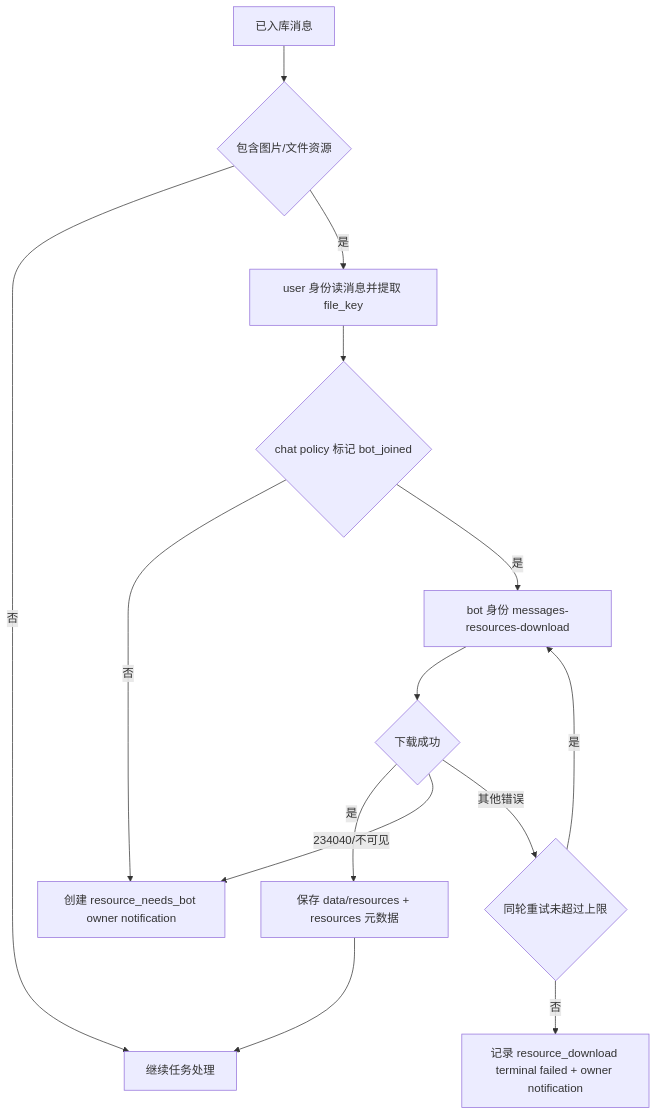
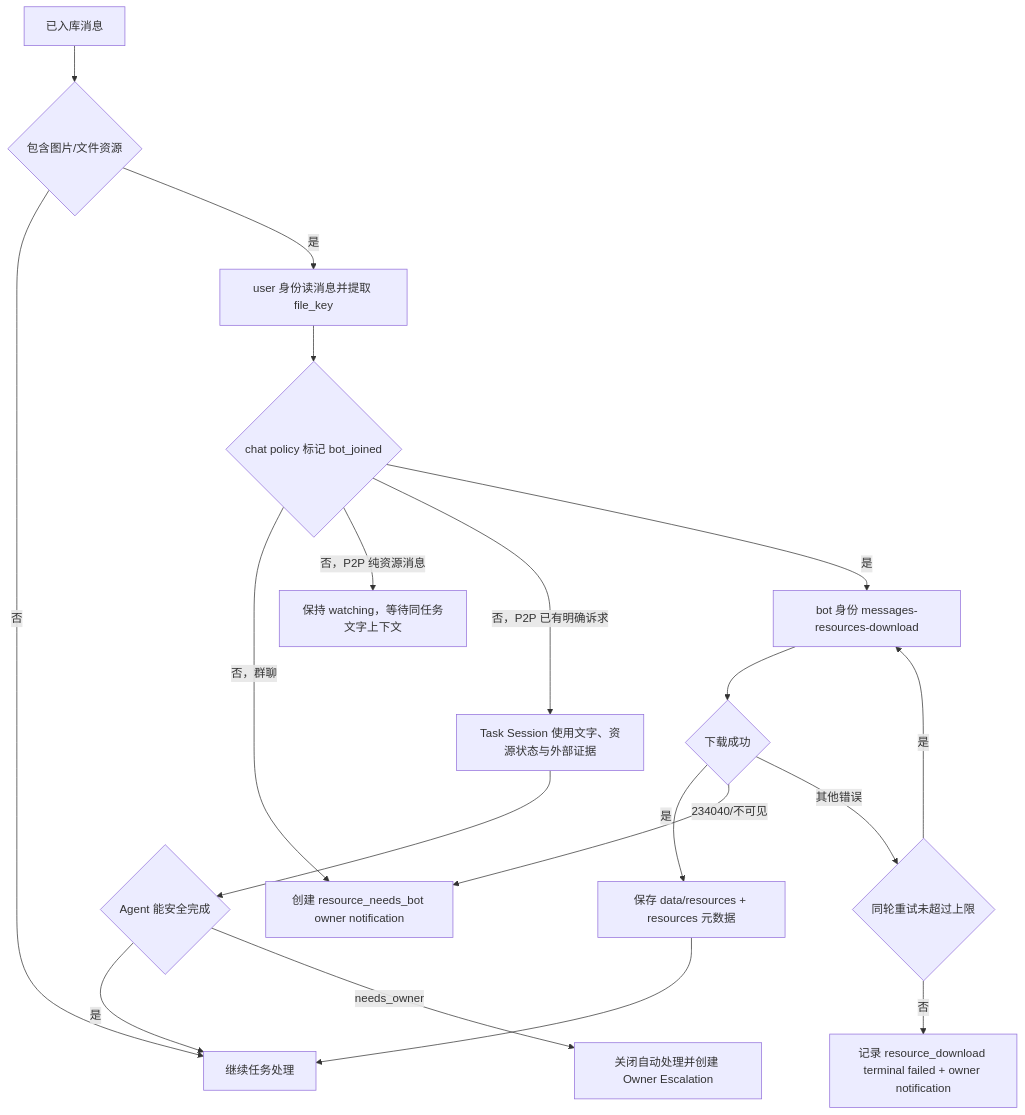
One commit to wufei-png/feishu-shadow-agent changed the fourth of 7 diagrams in docs/specs/feishu-shadow-agent-flows.md. Above: the diagram before and after it, drawn with Mermaid. The commit also changed 17 other files, not shown here.

````diff
--- a/docs/specs/feishu-shadow-agent-flows.md
+++ b/docs/specs/feishu-shadow-agent-flows.md
@@ -146,17 +146,22 @@
 ```mermaid
 flowchart TD
   Msg["已入库消息"] --> HasResource{"包含图片/文件资源"}
   HasResource -->|否| Continue["继续任务处理"]
   HasResource -->|是| Extract["user 身份读消息并提取 file_key"]
   Extract --> BotKnown{"chat policy 标记 bot_joined"}
-  BotKnown -->|否| NotifyJoin["创建 resource_needs_bot owner notification"]
+  BotKnown -->|否，群聊| NotifyJoin["创建 resource_needs_bot owner notification"]
+  BotKnown -->|否，P2P 纯资源消息| WaitContext["保持 watching，等待同任务文字上下文"]
+  BotKnown -->|否，P2P 已有明确诉求| TaskWithoutResource["Task Session 使用文字、资源状态与外部证据"]
+  TaskWithoutResource --> P2PAnswerable{"Agent 能安全完成"}
+  P2PAnswerable -->|是| Continue
+  P2PAnswerable -->|needs_owner| OwnerEscalation["关闭自动处理并创建 Owner Escalation"]
 
   BotKnown -->|是| Download["bot 身份 messages-resources-download"]
   Download --> DownloadOK{"下载成功"}
   DownloadOK -->|是| SaveResource["保存 data/resources + resources 元数据"]
   SaveResource --> Continue
   DownloadOK -->|234040/不可见| NotifyJoin
   DownloadOK -->|其他错误| Retry{"同轮重试未超过上限"}
   Retry -->|是| Download
   Retry -->|否| ResourceFailed["记录 resource_download terminal failed + owner notification"]
 ```
````
